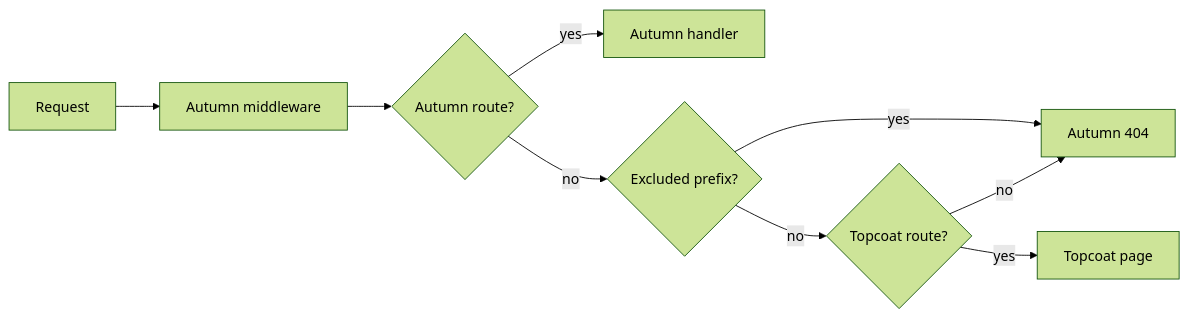
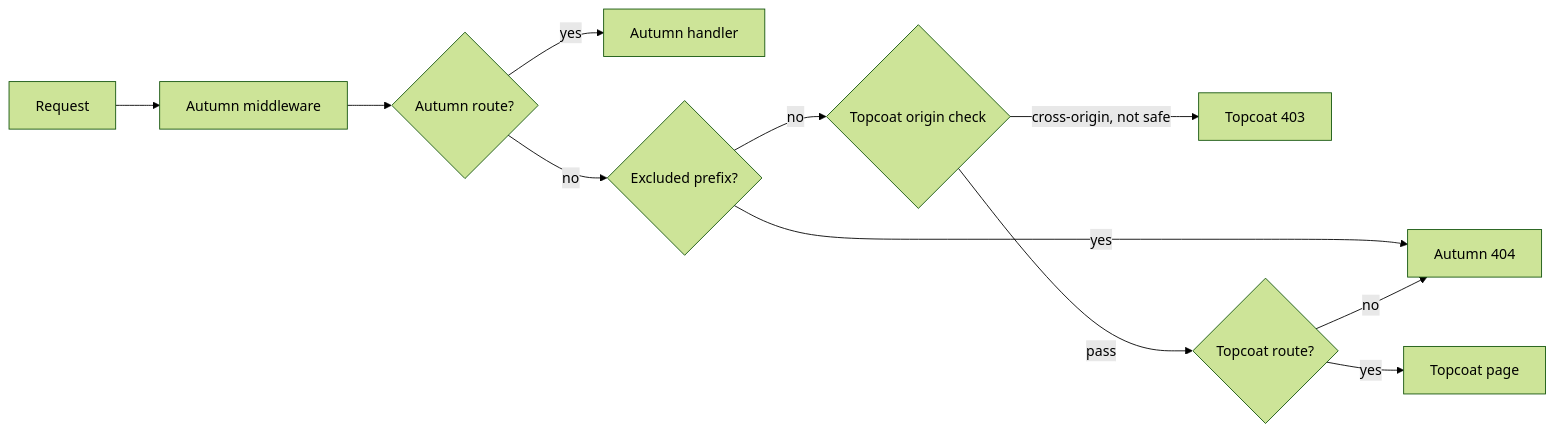
One commit to autumn-foundation/autumn-plugin-topcoat changed the diagram in README.md. Above: the diagram before and after it, drawn with Mermaid (forest theme). The commit also changed other lines of this file and 16 other files, not shown here.

````diff
--- a/README.md
+++ b/README.md
@@ -78,11 +97,13 @@
 ```mermaid
 flowchart LR
     A["Request"] --> B["Autumn middleware"]
     B --> C{"Autumn route?"}
     C -->|"yes"| D["Autumn handler"]
     C -->|"no"| E{"Excluded prefix?"}
     E -->|"yes"| F["Autumn 404"]
-    E -->|"no"| G{"Topcoat route?"}
+    E -->|"no"| O{"Topcoat origin check"}
+    O -->|"cross-origin, not safe"| X["Topcoat 403"]
+    O -->|"pass"| G{"Topcoat route?"}
     G -->|"yes"| H["Topcoat page"]
     G -->|"no"| F
 ```
````
